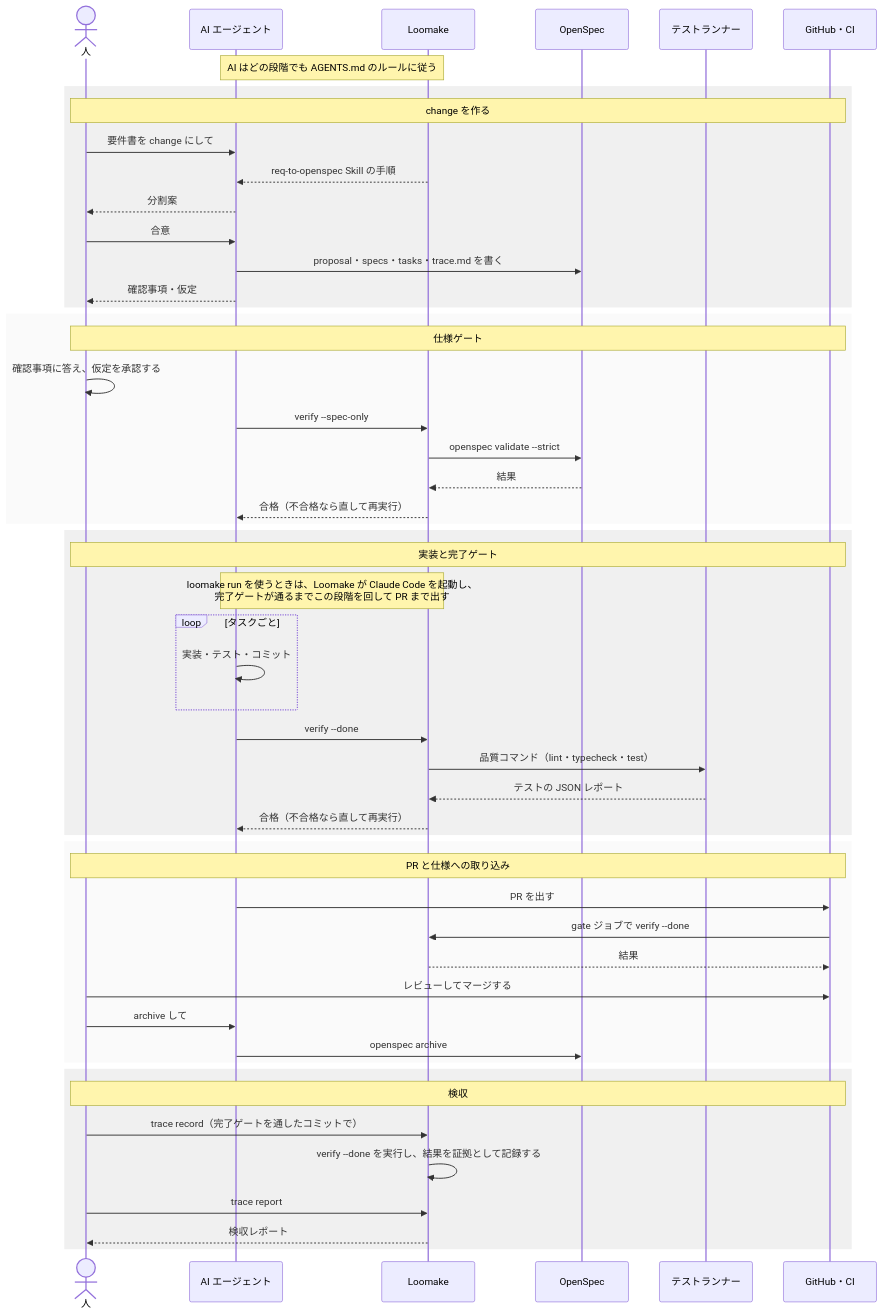
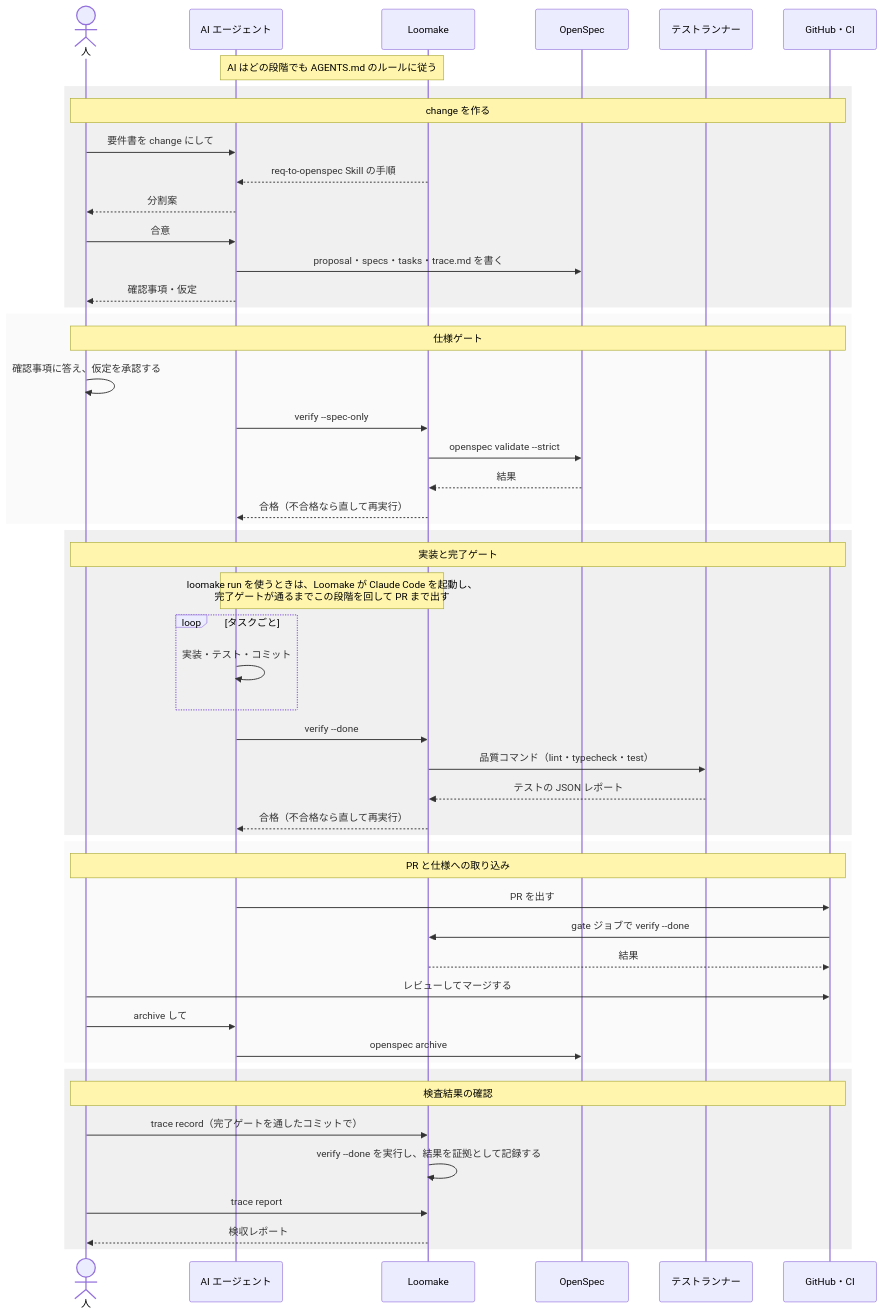
The second of 2 diagrams in docs/positioning.md (loomake/loomake), drawn with Mermaid before and after one commit. The commit also changed other lines of this file and 10 other files, not shown here.

````diff
--- a/docs/positioning.md
+++ b/docs/positioning.md
@@ -98,60 +100,60 @@
 ```mermaid
 sequenceDiagram
   actor H as 人
   participant A as AI エージェント
   participant L as Loomake
   participant O as OpenSpec
   participant T as テストランナー
   participant G as GitHub・CI
 
   Note over A,L: AI はどの段階でも AGENTS.md のルールに従う
 
   rect rgba(128, 128, 128, 0.12)
     Note over H,G: change を作る
     H->>A: 要件書を change にして
     L-->>A: req-to-openspec Skill の手順
     A-->>H: 分割案
     H->>A: 合意
     A->>O: proposal・specs・tasks・trace.md を書く
     A-->>H: 確認事項・仮定
   end
 
   rect rgba(128, 128, 128, 0.04)
     Note over H,G: 仕様ゲート
     H->>H: 確認事項に答え、仮定を承認する
     A->>L: verify --spec-only
     L->>O: openspec validate --strict
     O-->>L: 結果
     L-->>A: 合格（不合格なら直して再実行）
   end
 
   rect rgba(128, 128, 128, 0.12)
     Note over H,G: 実装と完了ゲート
     Note over A,L: loomake run を使うときは、Loomake が Claude Code を起動し、<br>完了ゲートが通るまでこの段階を回して PR まで出す
     loop タスクごと
       A->>A: 実装・テスト・コミット
     end
     A->>L: verify --done
     L->>T: 品質コマンド（lint・typecheck・test）
     T-->>L: テストの JSON レポート
     L-->>A: 合格（不合格なら直して再実行）
   end
 
   rect rgba(128, 128, 128, 0.04)
     Note over H,G: PR と仕様への取り込み
     A->>G: PR を出す
     G->>L: gate ジョブで verify --done
     L-->>G: 結果
     H->>G: レビューしてマージする
     H->>A: archive して
     A->>O: openspec archive
   end
 
   rect rgba(128, 128, 128, 0.12)
-    Note over H,G: 検収
+    Note over H,G: 検査結果の確認
     H->>L: trace record（完了ゲートを通したコミットで）
     L->>L: verify --done を実行し、結果を証拠として記録する
     H->>L: trace report
     L-->>H: 検収レポート
   end
 ```
````
